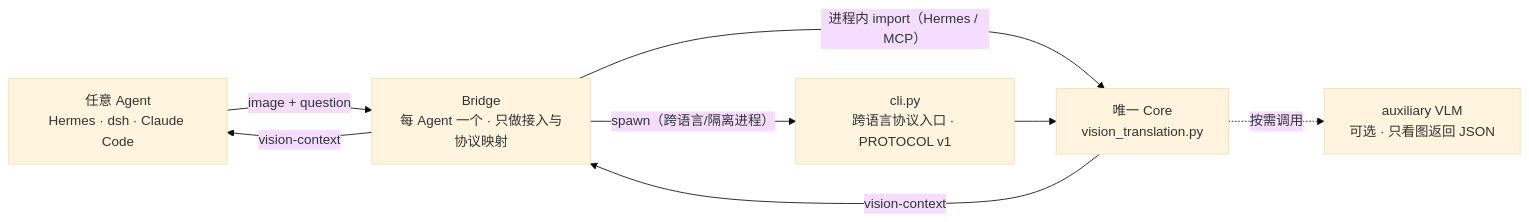
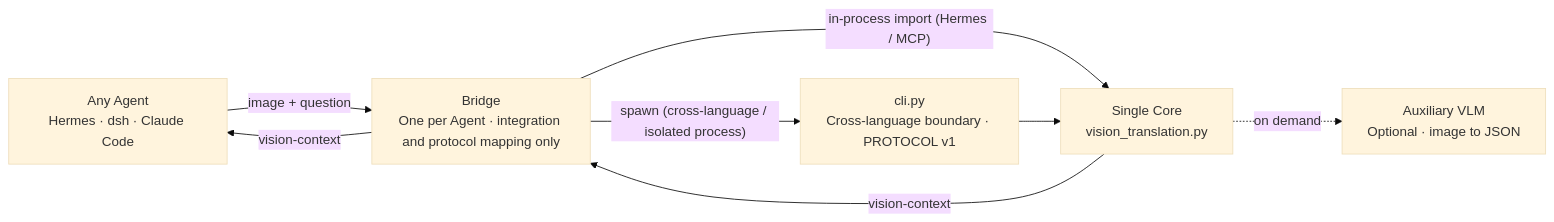
Before and after one commit to BingL-Li/vision-translation: the diagram in docs/architecture.md, drawn with Mermaid (base theme). The commit also changed other lines of this file, not shown here.

Commit message:
docs: bilingualize architecture overview

````diff
--- a/docs/architecture.md
+++ b/docs/architecture.md
@@ -5,16 +9,16 @@
 ```mermaid
 flowchart LR
-  A["任意 Agent<br/>Hermes · dsh · Claude Code"]
-  B["Bridge<br/>每 Agent 一个 · 只做接入与协议映射"]
-  C["cli.py<br/>跨语言协议入口 · PROTOCOL v1"]
-  D["唯一 Core<br/>vision_translation.py"]
-  V["auxiliary VLM<br/>可选 · 只看图返回 JSON"]
+  A["Any Agent<br/>Hermes · dsh · Claude Code"]
+  B["Bridge<br/>One per Agent · integration and protocol mapping only"]
+  C["cli.py<br/>Cross-language boundary · PROTOCOL v1"]
+  D["Single Core<br/>vision_translation.py"]
+  V["Auxiliary VLM<br/>Optional · image to JSON"]
 
   A -- "image + question" --> B
-  B -- "进程内 import（Hermes / MCP）" --> D
-  B -- "spawn（跨语言/隔离进程）" --> C
+  B -- "in-process import (Hermes / MCP)" --> D
+  B -- "spawn (cross-language / isolated process)" --> C
   C --> D
-  D -. "按需调用" .-> V
+  D -. "on demand" .-> V
   D -- "vision-context" --> B
   B -- "vision-context" --> A
 ```
````
